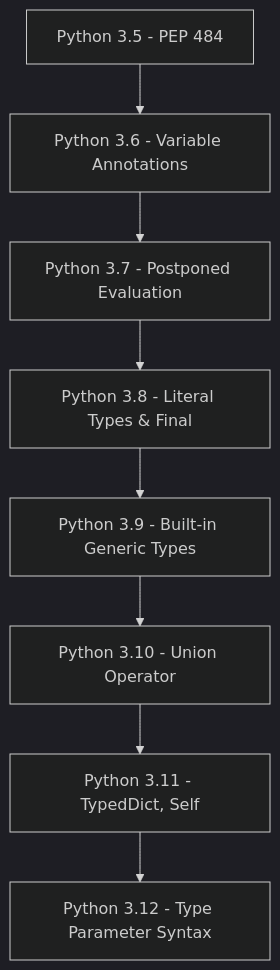
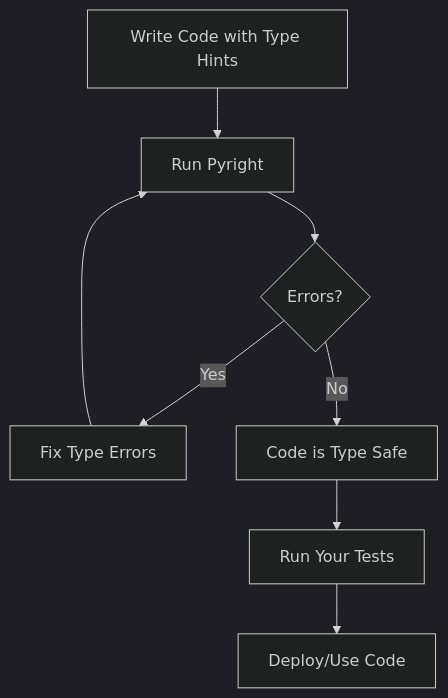
Before and after one commit to wahidyankf/oss: the first of 2 diagrams in apps-standalone/ayokoding-web/content/en/learn/crash-courses/swe/lang/python/static-typing.md, drawn with Mermaid (dark theme). The commit also changed other lines of this file and 40 other files, not shown here.

````diff
--- a/apps-standalone/ayokoding-web/content/en/learn/crash-courses/swe/lang/python/static-typing.md
+++ b/apps-standalone/ayokoding-web/content/en/learn/crash-courses/swe/lang/python/static-typing.md
@@ -34,10 +278,10 @@
 ```mermaid
-flowchart TD
-    A[Python 3.5 - PEP 484] --> B[Python 3.6 - Variable Annotations]
-    B --> C[Python 3.7 - Postponed Evaluation]
-    C --> D[Python 3.8 - Literal Types & Final]
-    D --> E[Python 3.9 - Built-in Generic Types]
-    E --> F[Python 3.10 - Union Operator]
-    F --> G[Python 3.11 - TypedDict, Self]
-    G --> H[Python 3.12 - Type Parameter Syntax]
+graph TD
+    A[Write Code with Type Hints] --> B[Run Pyright]
+    B --> C{Errors?}
+    C -->|Yes| D[Fix Type Errors]
+    D --> B
+    C -->|No| E[Code is Type Safe]
+    E --> F[Run Your Tests]
+    F --> G[Deploy/Use Code]
 ```
````
